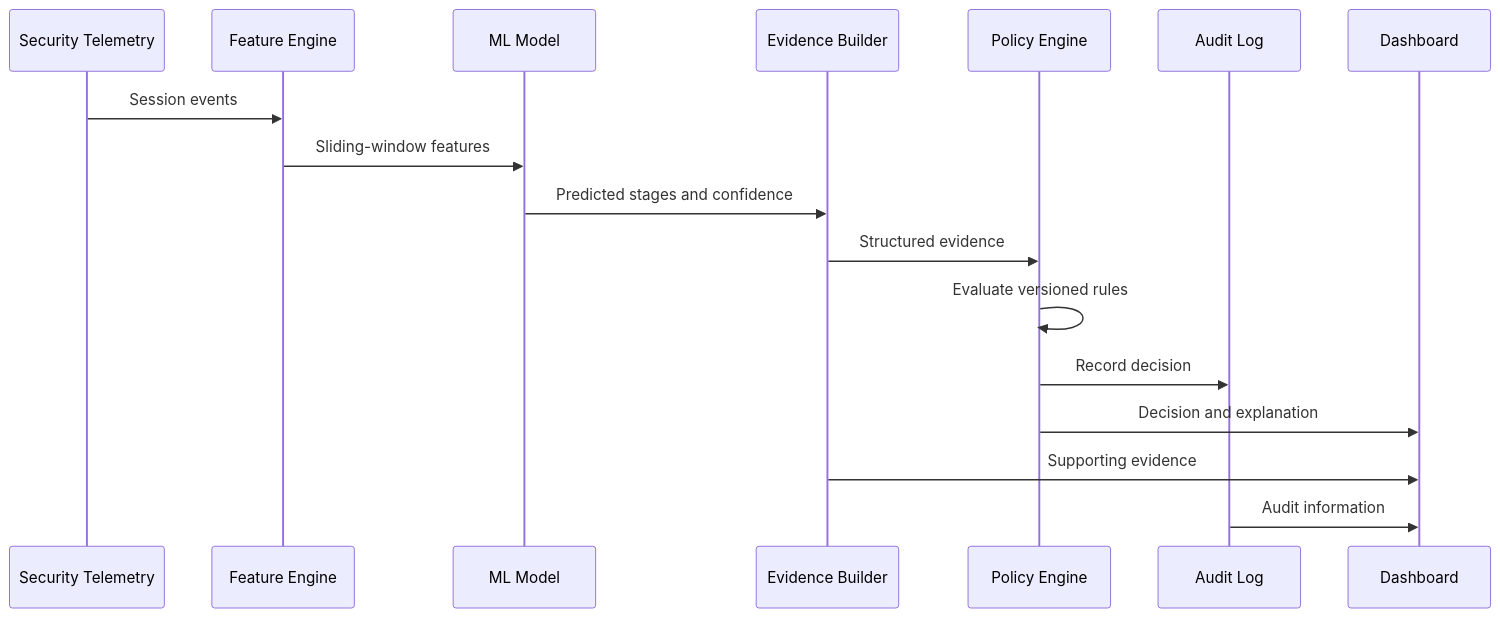
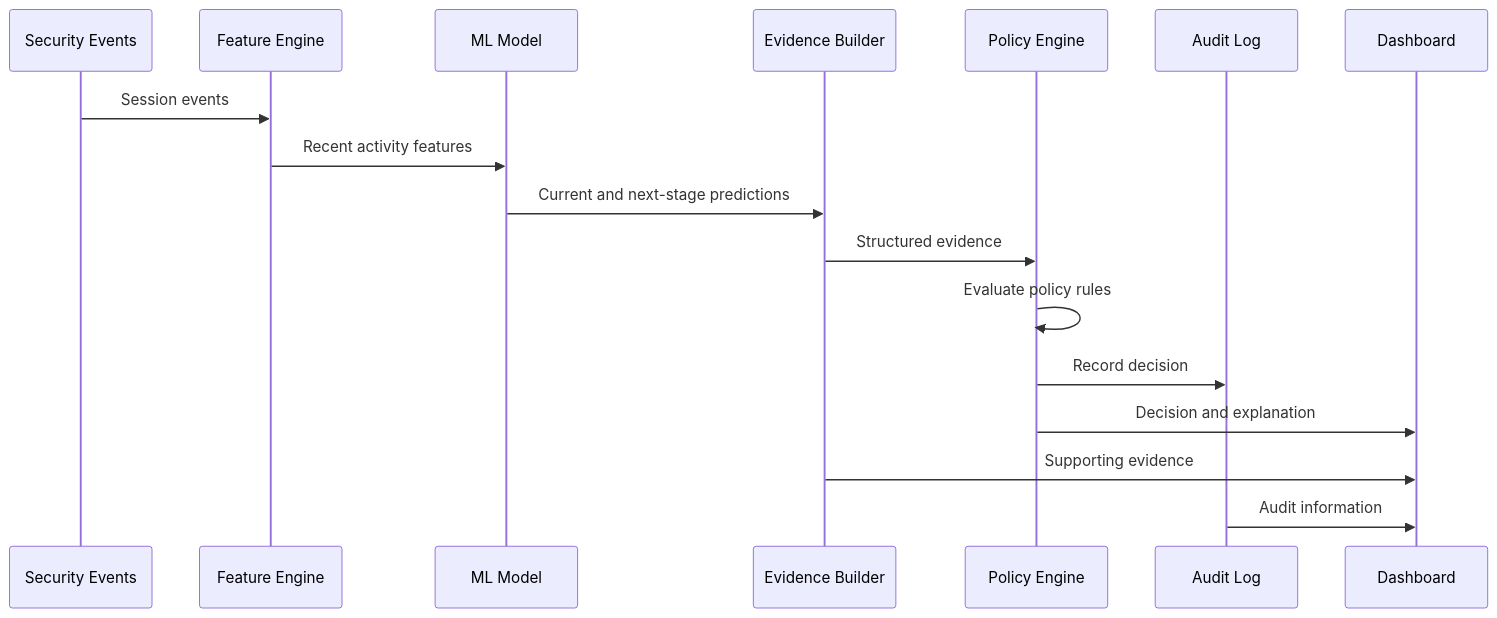
One commit to ITHA-SUNNY/IBM changed the second of 2 diagrams in README.md. Above: the diagram before and after it, drawn with Mermaid. The commit also changed other lines of this file, not shown here.

````diff
--- a/README.md
+++ b/README.md
@@ -152,20 +74,20 @@
 ```mermaid
 sequenceDiagram
-    participant T as Security Telemetry
+    participant T as Security Events
     participant F as Feature Engine
     participant M as ML Model
     participant E as Evidence Builder
     participant P as Policy Engine
     participant A as Audit Log
     participant U as Dashboard
 
     T->>F: Session events
-    F->>M: Sliding-window features
-    M->>E: Predicted stages and confidence
+    F->>M: Recent activity features
+    M->>E: Current and next-stage predictions
     E->>P: Structured evidence
-    P->>P: Evaluate versioned rules
+    P->>P: Evaluate policy rules
     P->>A: Record decision
     P->>U: Decision and explanation
     E->>U: Supporting evidence
     A->>U: Audit information
 ```
````
